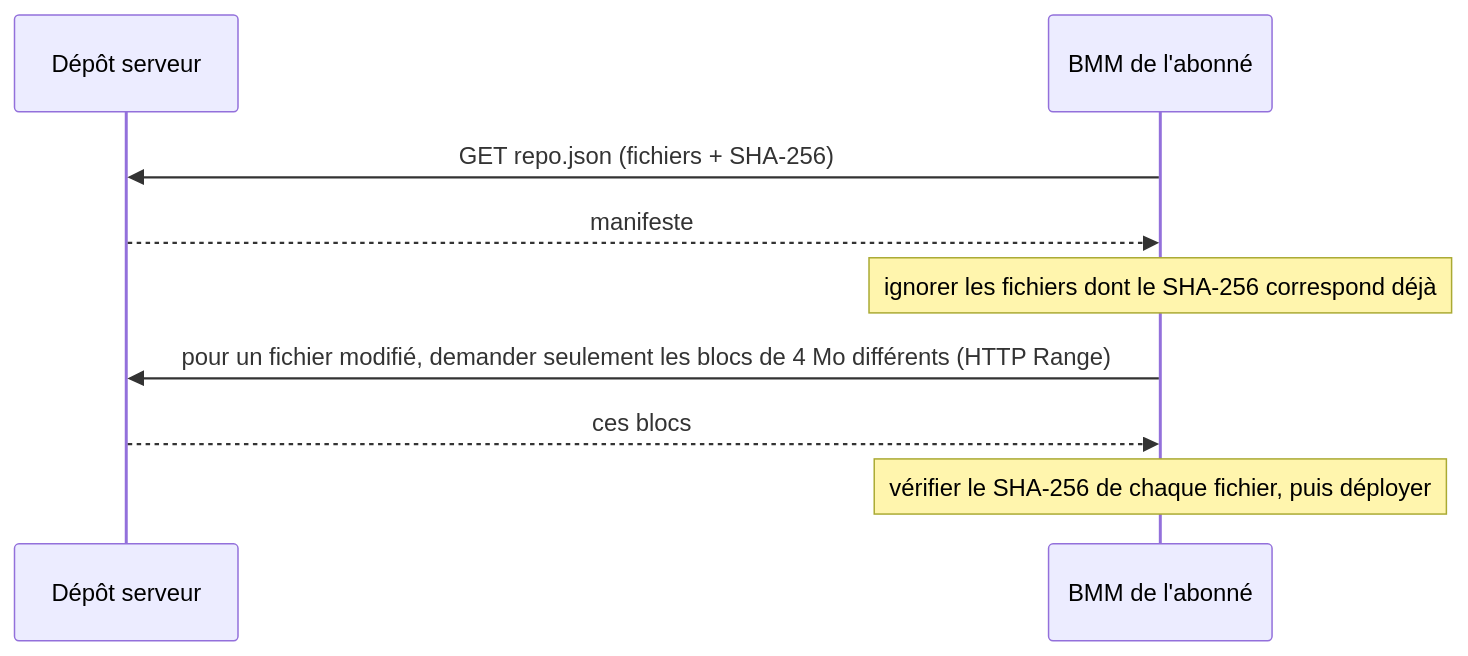
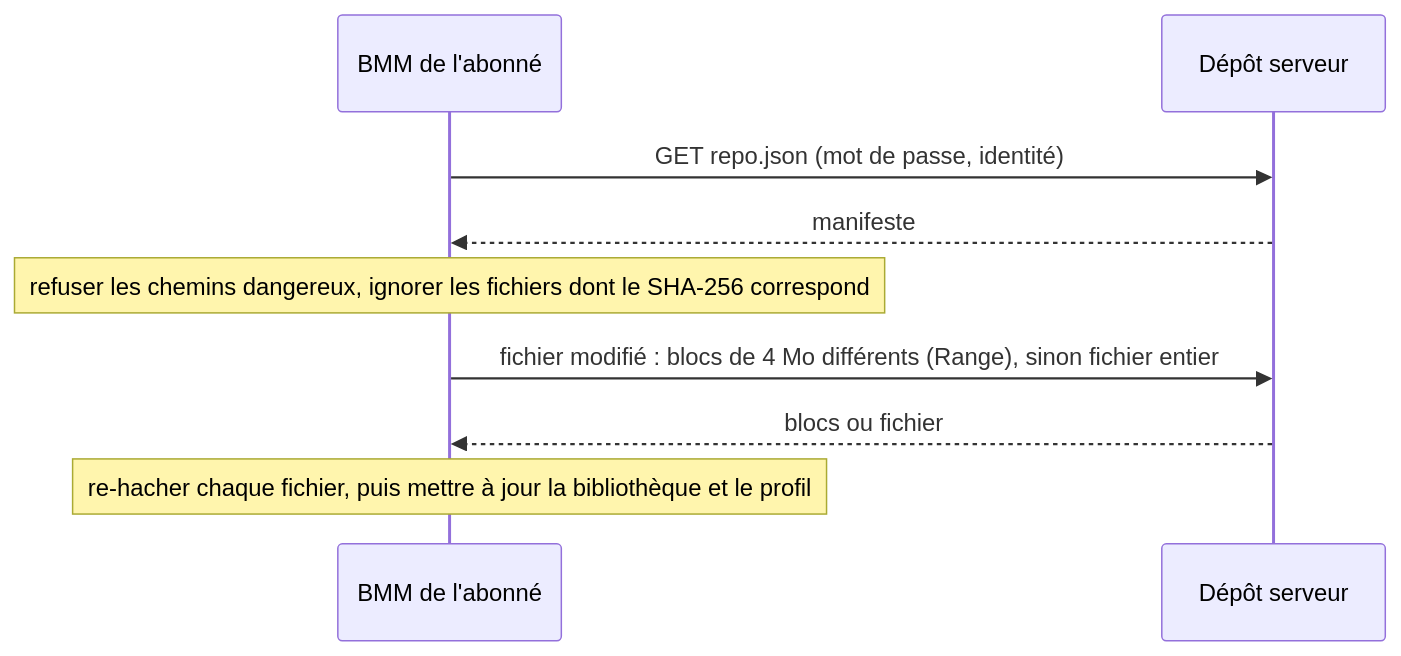
Before and after one commit to FreeProject089/BetterModsManager: the second of 2 diagrams in frontend/assets/docs/fr/how-it-works/sync-repos.md, drawn with Mermaid. The commit also changed other lines of this file and 176 other files, not shown here.

````diff
--- a/frontend/assets/docs/fr/how-it-works/sync-repos.md
+++ b/frontend/assets/docs/fr/how-it-works/sync-repos.md
@@ -89,11 +92,11 @@
 ```mermaid
 sequenceDiagram
+    participant Client as BMM de l'abonné
     participant Host as Dépôt serveur
-    participant Client as BMM de l'abonné
-    Client->>Host: GET repo.json (fichiers + SHA-256)
+    Client->>Host: GET repo.json (mot de passe, identité)
     Host-->>Client: manifeste
-    Note over Client: ignorer les fichiers dont le SHA-256 correspond déjà
-    Client->>Host: pour un fichier modifié, demander seulement les blocs de 4 Mo différents (HTTP Range)
-    Host-->>Client: ces blocs
-    Note over Client: vérifier le SHA-256 de chaque fichier, puis déployer
+    Note over Client: refuser les chemins dangereux, ignorer les fichiers dont le SHA-256 correspond
+    Client->>Host: fichier modifié : blocs de 4 Mo différents (Range), sinon fichier entier
+    Host-->>Client: blocs ou fichier
+    Note over Client: re-hacher chaque fichier, puis mettre à jour la bibliothèque et le profil
 ```
````
